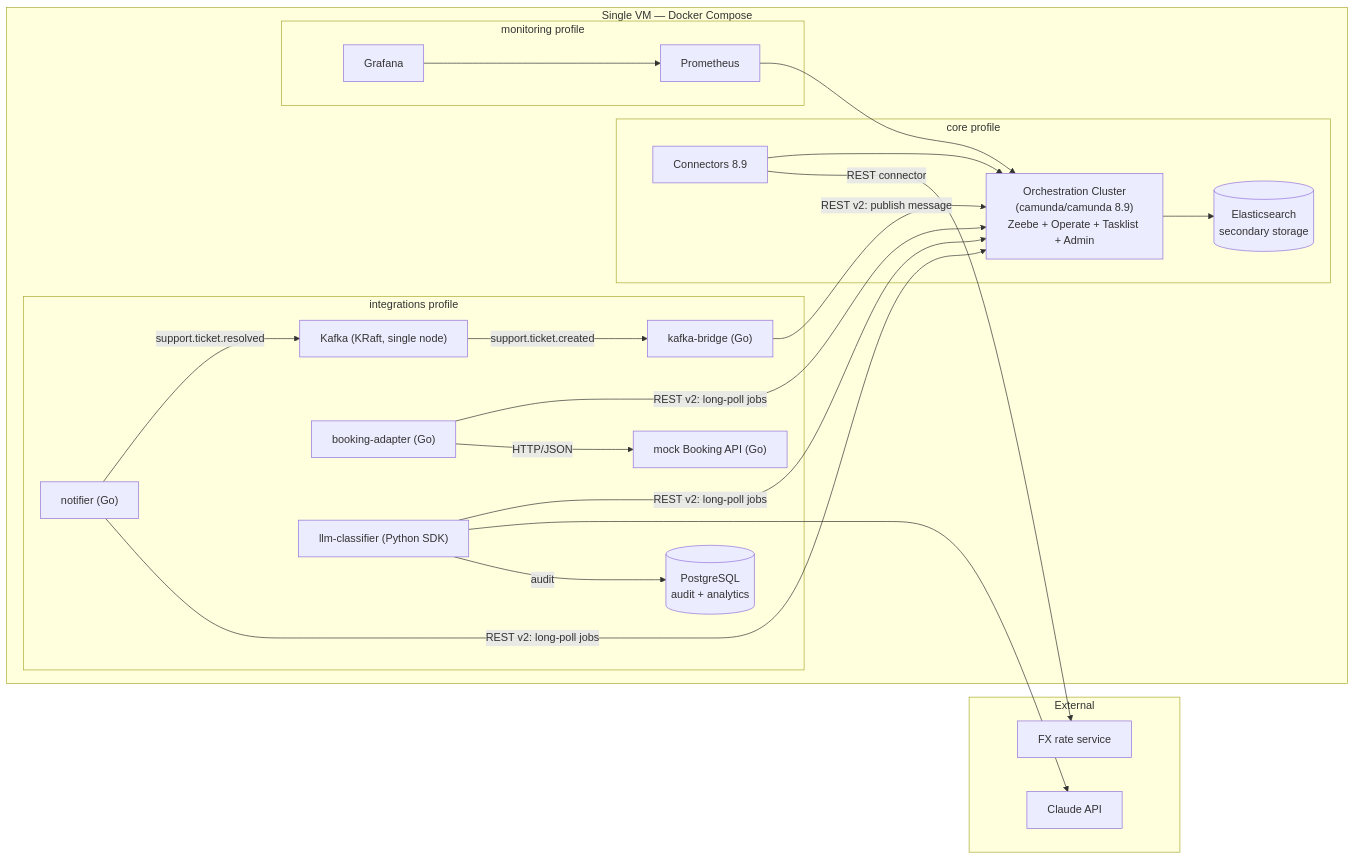
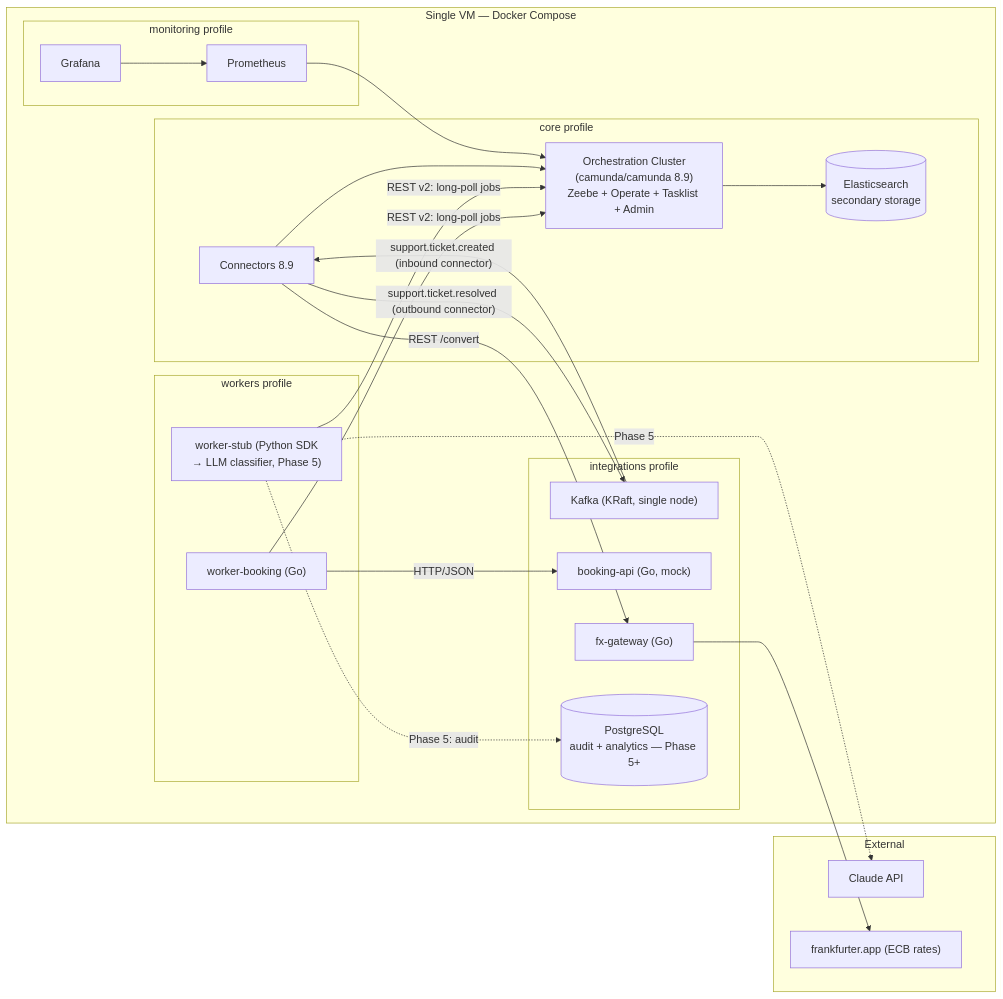
One commit to DigitLock/camunda-support-automation changed the diagram in README.md. Above: the diagram before and after it, drawn with Mermaid. The commit also changed other lines of this file and 18 other files, not shown here.

Commit message:
phase 4.5: docs — screenshots, routing-v1 on bookingValueEur, README architecture and status, doc-vs-code sweep

````diff
--- a/README.md
+++ b/README.md
@@ -38,43 +39,43 @@
 ```mermaid
 flowchart LR
     subgraph external["External"]
         claude["Claude API"]
-        fx["FX rate service"]
+        ecb["frankfurter.app (ECB rates)"]
     end
 
     subgraph vm["Single VM — Docker Compose"]
         subgraph core["core profile"]
             camunda["Orchestration Cluster<br/>(camunda/camunda 8.9)<br/>Zeebe + Operate + Tasklist + Admin"]
             connectors["Connectors 8.9"]
             es[("Elasticsearch<br/>secondary storage")]
         end
         subgraph integrations["integrations profile"]
             kafka["Kafka (KRaft, single node)"]
-            bridge["kafka-bridge (Go)"]
-            booking["booking-adapter (Go)"]
-            notifier["notifier (Go)"]
-            mockapi["mock Booking API (Go)"]
-            classifier["llm-classifier (Python SDK)"]
-            pg[("PostgreSQL<br/>audit + analytics")]
+            bookingapi["booking-api (Go, mock)"]
+            fxgw["fx-gateway (Go)"]
+            pg[("PostgreSQL<br/>audit + analytics — Phase 5+")]
+        end
+        subgraph workers["workers profile"]
+            wbooking["worker-booking (Go)"]
+            wstub["worker-stub (Python SDK<br/>→ LLM classifier, Phase 5)"]
         end
         subgraph monitoring["monitoring profile"]
             prom["Prometheus"]
             graf["Grafana"]
         end
     end
 
-    kafka -- "support.ticket.created" --> bridge
-    notifier -- "support.ticket.resolved" --> kafka
-    bridge -- "REST v2: publish message" --> camunda
-    classifier -- "REST v2: long-poll jobs" --> camunda
-    classifier --> claude
-    classifier -- "audit" --> pg
-    booking -- "REST v2: long-poll jobs" --> camunda
-    booking -- "HTTP/JSON" --> mockapi
-    notifier -- "REST v2: long-poll jobs" --> camunda
+    kafka -- "support.ticket.created (inbound connector)" --> connectors
+    connectors -- "support.ticket.resolved (outbound connector)" --> kafka
+    connectors -- "REST /convert" --> fxgw
+    fxgw --> ecb
+    wbooking -- "REST v2: long-poll jobs" --> camunda
+    wbooking -- "HTTP/JSON" --> bookingapi
+    wstub -- "REST v2: long-poll jobs" --> camunda
+    wstub -. "Phase 5" .-> claude
+    wstub -. "Phase 5: audit" .-> pg
     camunda --> es
     connectors --> camunda
     prom --> camunda
     graf --> prom
-    connectors -- "REST connector" --> fx
 ```
````
